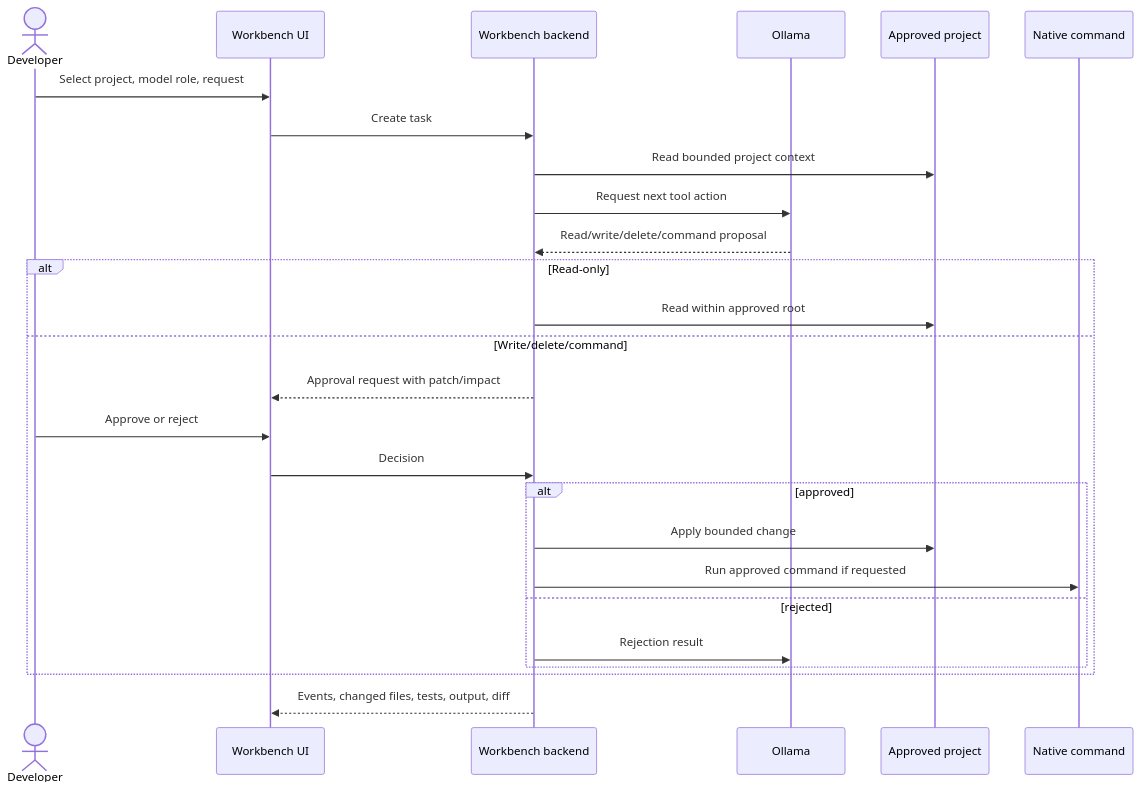
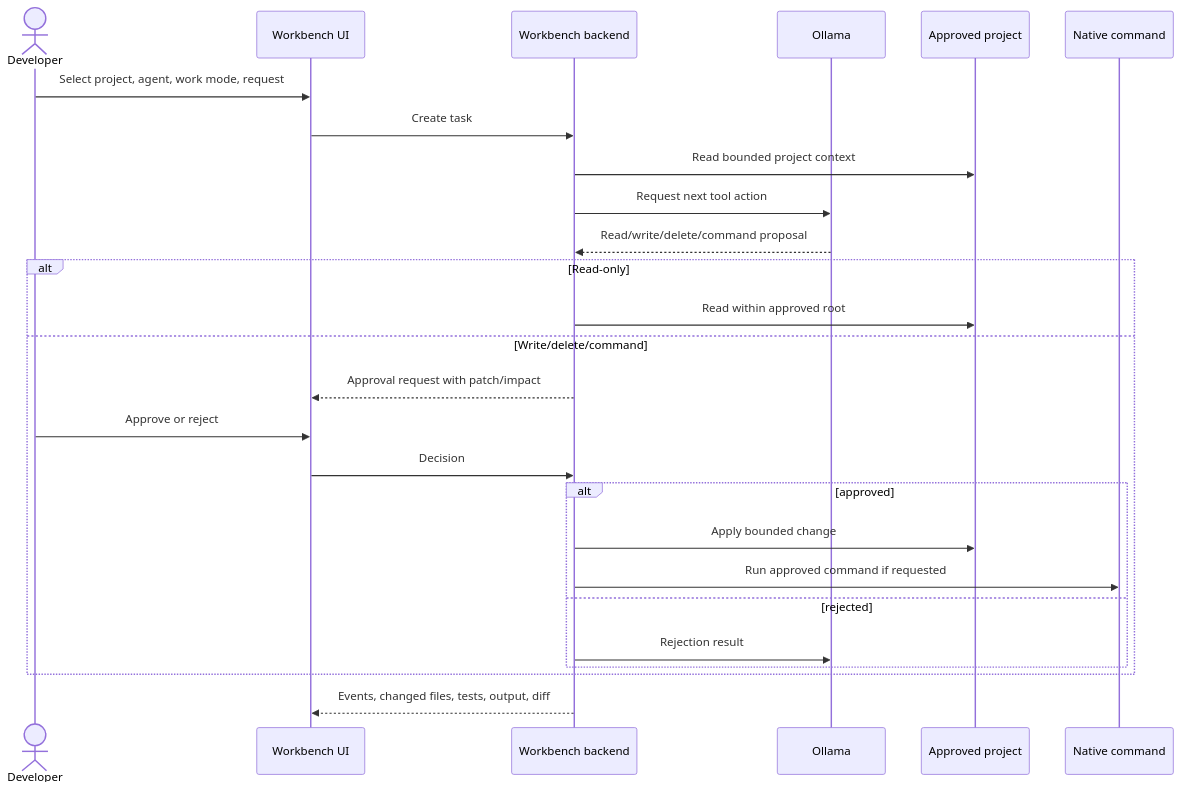
Before and after one commit to divps0308/dsalgo-local-ai-setup-public: the fifth of 7 diagrams in dev-guide.md, drawn with Mermaid. The commit also changed other lines of this file and 60 other files, not shown here.

````diff
--- a/dev-guide.md
+++ b/dev-guide.md
@@ -451,29 +466,29 @@
 ```mermaid
 sequenceDiagram
     actor U as Developer
     participant UI as Workbench UI
     participant WB as Workbench backend
     participant O as Ollama
     participant FS as Approved project
     participant CMD as Native command
 
-    U->>UI: Select project, model role, request
+    U->>UI: Select project, agent, work mode, request
     UI->>WB: Create task
     WB->>FS: Read bounded project context
     WB->>O: Request next tool action
     O-->>WB: Read/write/delete/command proposal
     alt Read-only
       WB->>FS: Read within approved root
     else Write/delete/command
       WB-->>UI: Approval request with patch/impact
       U->>UI: Approve or reject
       UI->>WB: Decision
       alt approved
         WB->>FS: Apply bounded change
         WB->>CMD: Run approved command if requested
       else rejected
         WB->>O: Rejection result
       end
     end
     WB-->>UI: Events, changed files, tests, output, diff
 ```
````
